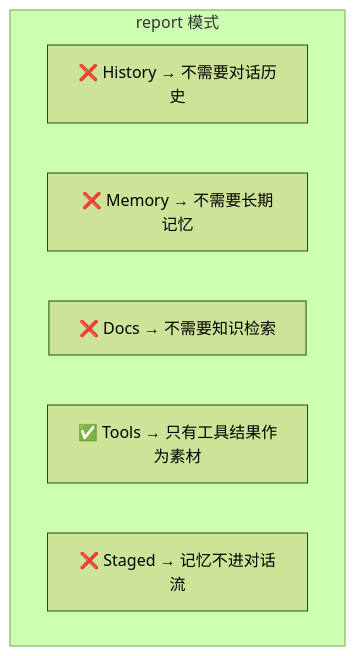
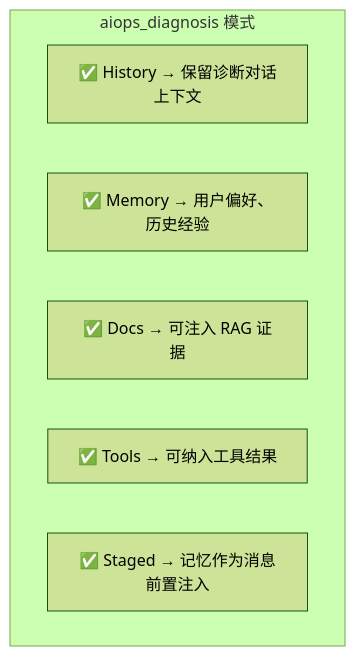
One commit to ZhangJYe/OpsCaptain changed the ninth of 11 diagrams in Learn/tutorial/05-ContextEngine.md. Above: the diagram before and after it, drawn with Mermaid (forest theme). The commit also changed other lines of this file and 42 other files, not shown here.

````diff
--- a/Learn/tutorial/05-ContextEngine.md
+++ b/Learn/tutorial/05-ContextEngine.md
@@ -600,10 +600,10 @@
 ```mermaid
 graph TD
-    subgraph report 模式
-        A["❌ History → 不需要对话历史"]
-        B["❌ Memory → 不需要长期记忆"]
-        C["❌ Docs → 不需要知识检索"]
-        D["✅ Tools → 只有工具结果作为素材"]
-        E["❌ Staged → 记忆不进对话流"]
+    subgraph aiops_diagnosis 模式
+        A["✅ History → 保留诊断对话上下文"]
+        B["✅ Memory → 用户偏好、历史经验"]
+        C["✅ Docs → 可注入 RAG 证据"]
+        D["✅ Tools → 可纳入工具结果"]
+        E["✅ Staged → 记忆作为消息前置注入"]
     end
 ```
````
